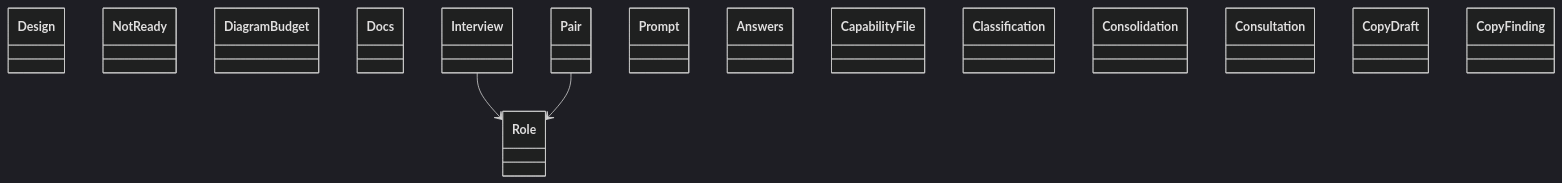
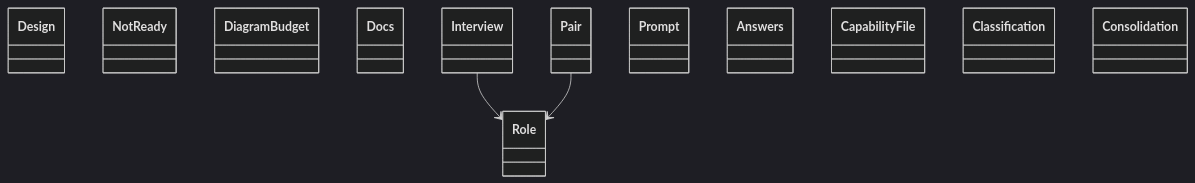
One commit to GonzaloZevallos/agentic-system changed the diagram in docs/architecture/generated/classes-process-domain-roles-1.md. Above: the diagram before and after it, drawn with Mermaid (dark theme). The commit also changed other lines of this file and 19 other files, not shown here.

First line of the commit message:
Cluster domain.plan_route and regenerate the architecture diagrams

````diff
--- a/docs/architecture/generated/classes-process-domain-roles-1.md
+++ b/docs/architecture/generated/classes-process-domain-roles-1.md
@@ -21,20 +22,17 @@
 ```mermaid
 classDiagram
     class design__Design["Design"]
     class design__NotReady["NotReady"]
     class docs__DiagramBudget["DiagramBudget"]
     class docs__Docs["Docs"]
     class roles__Interview["Interview"]
     class roles__Pair["Pair"]
     class roles__Prompt["Prompt"]
     class roles__Role["Role"]
     class schemas__Answers["Answers"]
     class schemas__CapabilityFile["CapabilityFile"]
     class schemas__Classification["Classification"]
     class schemas__Consolidation["Consolidation"]
-    class schemas__Consultation["Consultation"]
-    class schemas__CopyDraft["CopyDraft"]
-    class schemas__CopyFinding["CopyFinding"]
     roles__Interview --> roles__Role
     roles__Pair --> roles__Role
 ```
````
